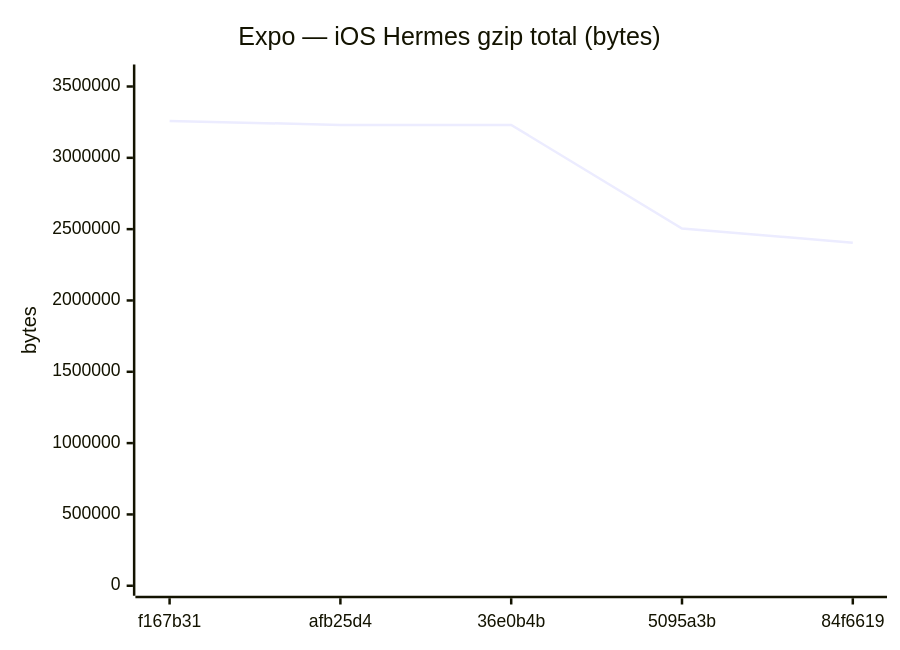
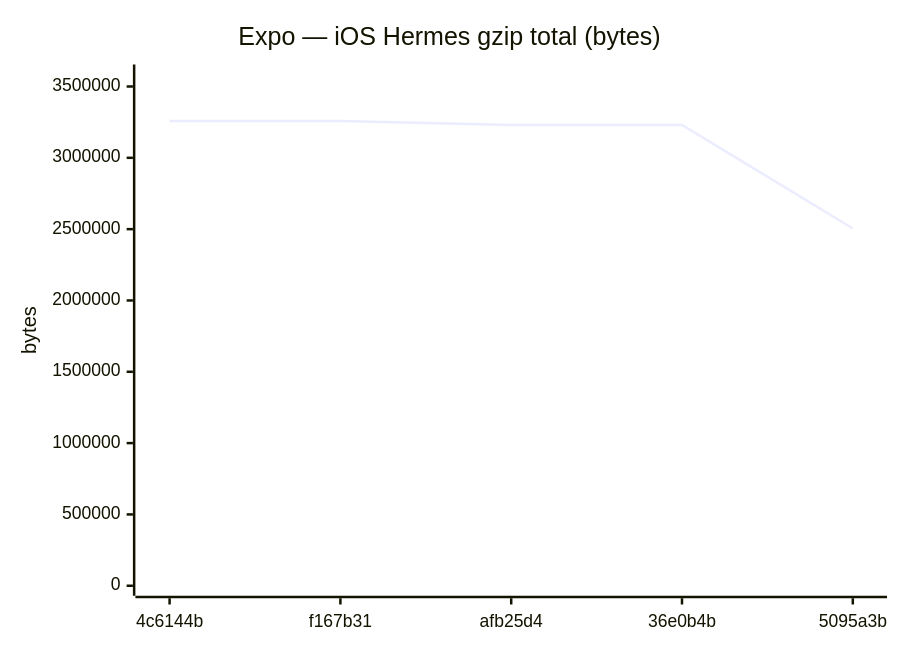
Diagram 12 of 18 in benchmarks/compare.md (Metaheurist/Rianell), drawn with Mermaid before and after one commit. The commit also changed other lines of this file and 11 other files, not shown here.

````diff
--- a/benchmarks/compare.md
+++ b/benchmarks/compare.md
@@ -179,7 +179,7 @@
 ```mermaid
 xychart-beta
     title "Expo — iOS Hermes gzip total (bytes)"
-    x-axis ["f167b31", "afb25d4", "36e0b4b", "5095a3b", "84f6619"]
-    y-axis "bytes" 0 --> 3584098
-    line [3258270, 3230867, 3230712, 2504401, 2405024]
+    x-axis ["4c6144b", "f167b31", "afb25d4", "36e0b4b", "5095a3b"]
+    y-axis "bytes" 0 --> 3584101
+    line [3258273, 3258270, 3230867, 3230712, 2504401]
 ```
````
